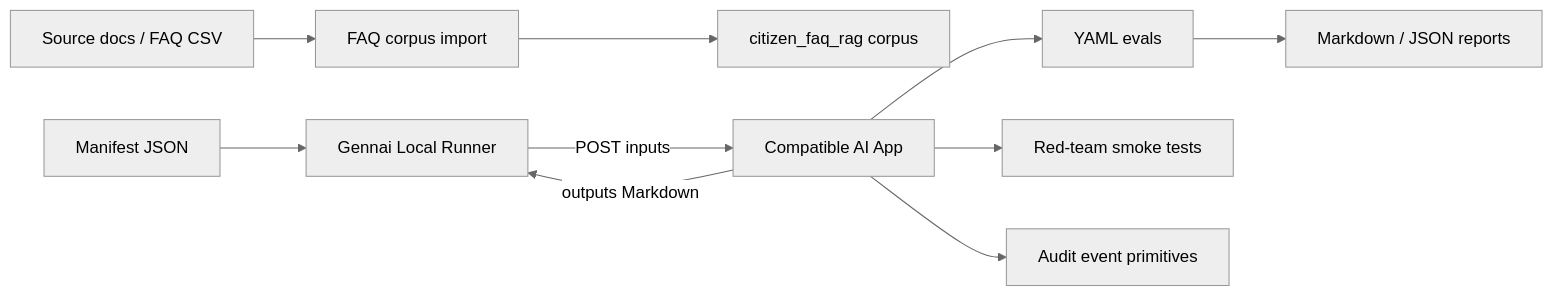
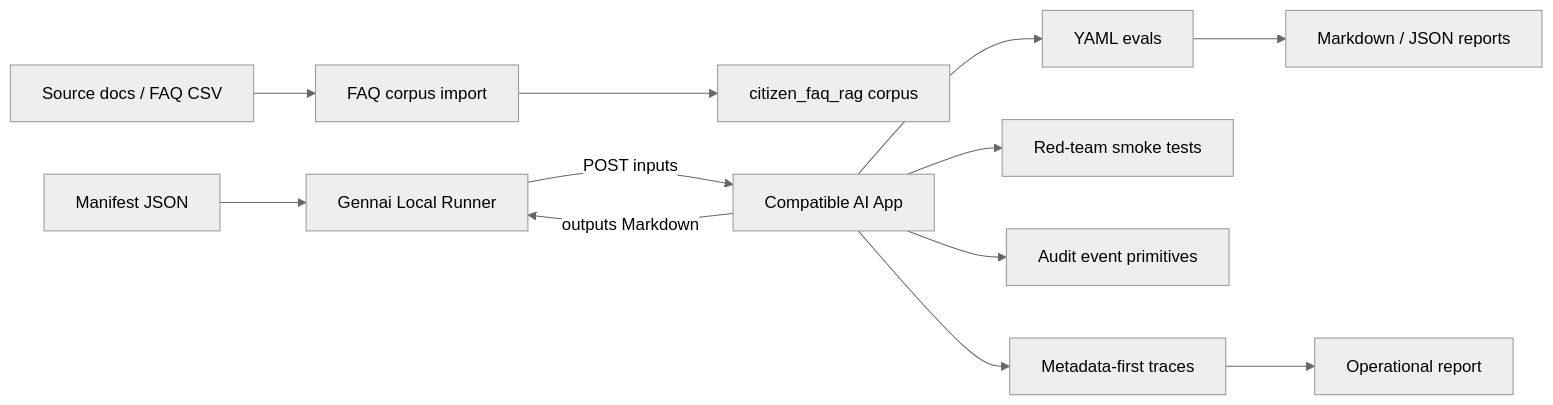
One commit to masaakisakamoto/gennai-civic-lab changed the diagram in README.md. Above: the diagram before and after it, drawn with Mermaid (neutral theme). The commit also changed other lines of this file and 33 other files, not shown here.

````diff
--- a/README.md
+++ b/README.md
@@ -25,12 +28,14 @@
 ```mermaid
 flowchart LR
   A[Source docs / FAQ CSV] --> B[FAQ corpus import]
   B --> C[citizen_faq_rag corpus]
   D[Manifest JSON] --> E[Gennai Local Runner]
   E -->|POST inputs| F[Compatible AI App]
   F -->|outputs Markdown| E
   F --> G[YAML evals]
   F --> H[Red-team smoke tests]
   F --> I[Audit event primitives]
+  F --> K[Metadata-first traces]
   G --> J[Markdown / JSON reports]
+  K --> L[Operational report]
 ```
````
